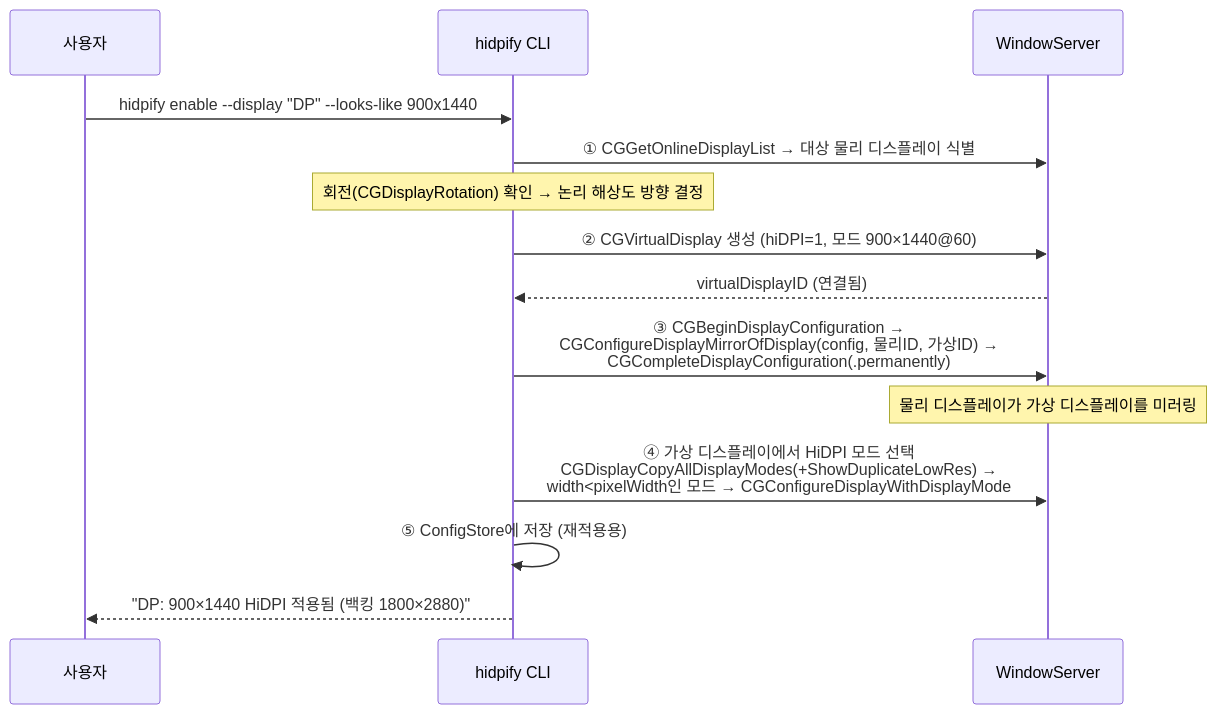
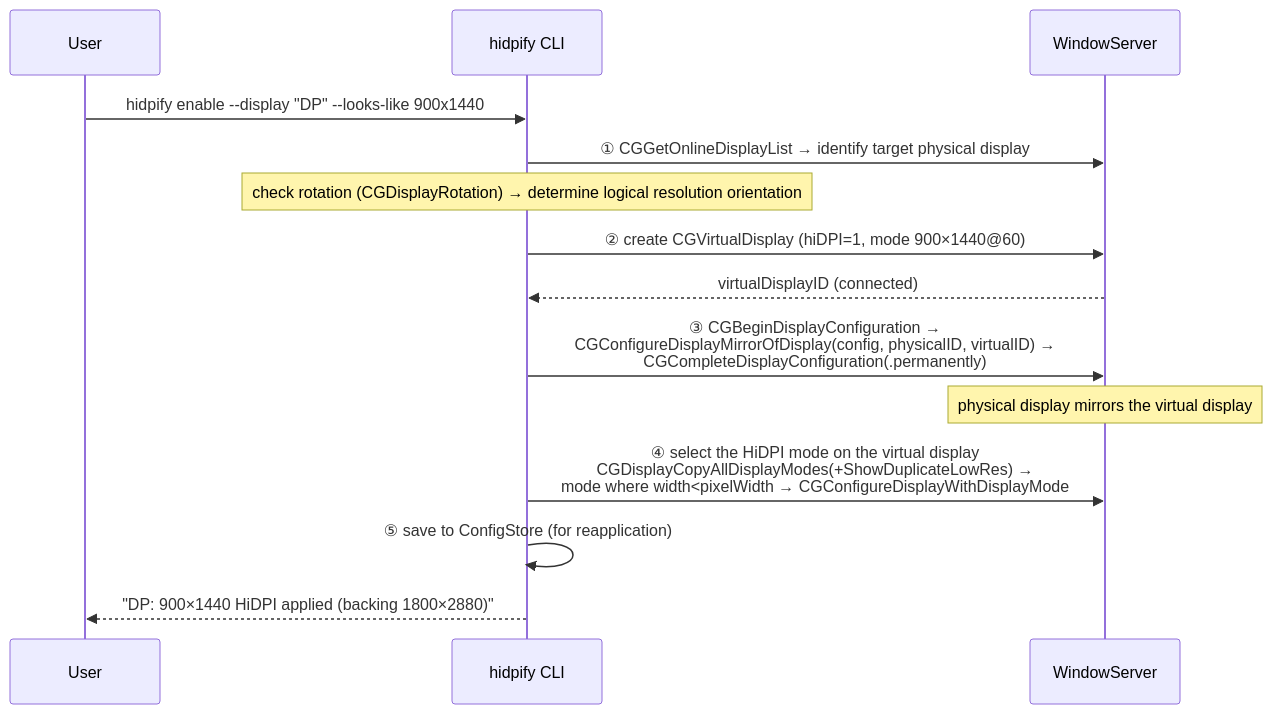
Before and after one commit to raeseoklee/hidpify: the diagram in DESIGN.md, drawn with Mermaid. The commit also changed other lines of this file and 6 other files, not shown here.

````diff
--- a/DESIGN.md
+++ b/DESIGN.md
@@ -194,17 +196,17 @@
 ```mermaid
 sequenceDiagram
-    participant U as 사용자
+    participant U as User
     participant CLI as hidpify CLI
     participant WS as WindowServer
 
     U->>CLI: hidpify enable --display "DP" --looks-like 900x1440
-    CLI->>WS: ① CGGetOnlineDisplayList → 대상 물리 디스플레이 식별
-    Note over CLI: 회전(CGDisplayRotation) 확인 → 논리 해상도 방향 결정
-    CLI->>WS: ② CGVirtualDisplay 생성 (hiDPI=1, 모드 900×1440@60)
-    WS-->>CLI: virtualDisplayID (연결됨)
-    CLI->>WS: ③ CGBeginDisplayConfiguration →<br/>CGConfigureDisplayMirrorOfDisplay(config, 물리ID, 가상ID) →<br/>CGCompleteDisplayConfiguration(.permanently)
-    Note over WS: 물리 디스플레이가 가상 디스플레이를 미러링
-    CLI->>WS: ④ 가상 디스플레이에서 HiDPI 모드 선택<br/>CGDisplayCopyAllDisplayModes(+ShowDuplicateLowRes) →<br/>width<pixelWidth인 모드 → CGConfigureDisplayWithDisplayMode
-    CLI->>CLI: ⑤ ConfigStore에 저장 (재적용용)
-    CLI-->>U: "DP: 900×1440 HiDPI 적용됨 (백킹 1800×2880)"
+    CLI->>WS: ① CGGetOnlineDisplayList → identify target physical display
+    Note over CLI: check rotation (CGDisplayRotation) → determine logical resolution orientation
+    CLI->>WS: ② create CGVirtualDisplay (hiDPI=1, mode 900×1440@60)
+    WS-->>CLI: virtualDisplayID (connected)
+    CLI->>WS: ③ CGBeginDisplayConfiguration →<br/>CGConfigureDisplayMirrorOfDisplay(config, physicalID, virtualID) →<br/>CGCompleteDisplayConfiguration(.permanently)
+    Note over WS: physical display mirrors the virtual display
+    CLI->>WS: ④ select the HiDPI mode on the virtual display<br/>CGDisplayCopyAllDisplayModes(+ShowDuplicateLowRes) →<br/>mode where width<pixelWidth → CGConfigureDisplayWithDisplayMode
+    CLI->>CLI: ⑤ save to ConfigStore (for reapplication)
+    CLI-->>U: "DP: 900×1440 HiDPI applied (backing 1800×2880)"
 ```
````
